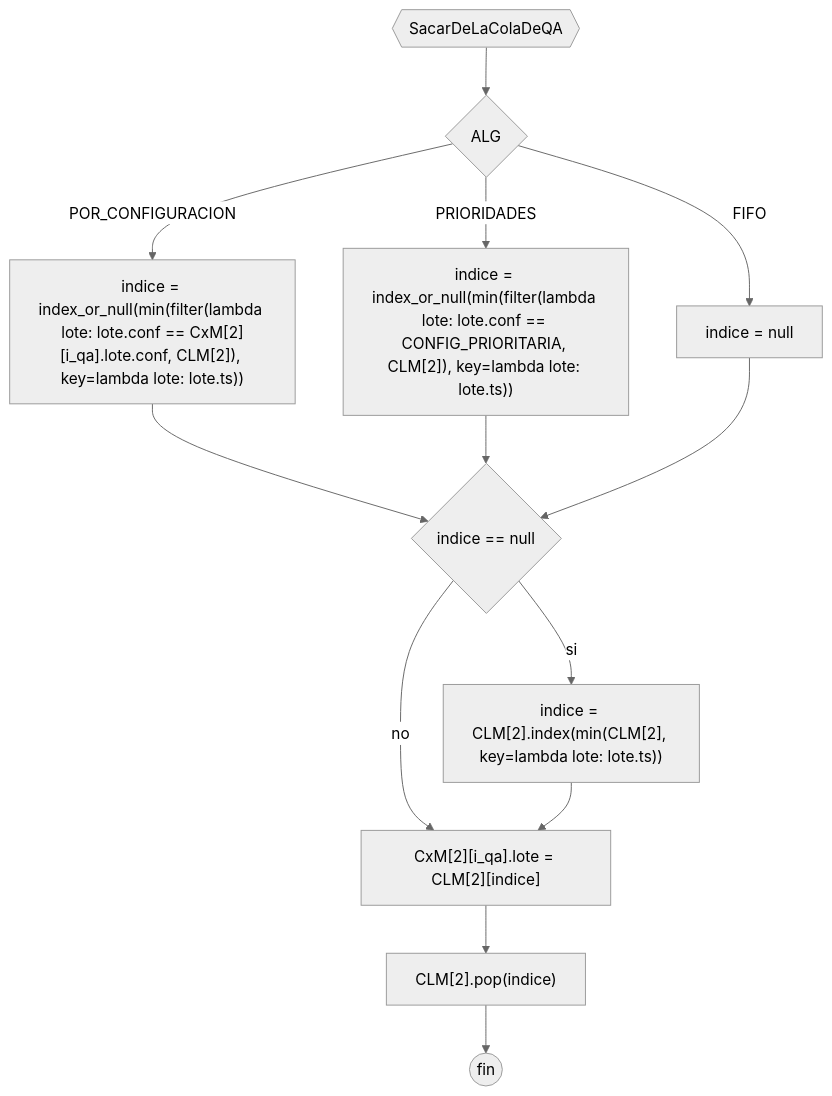
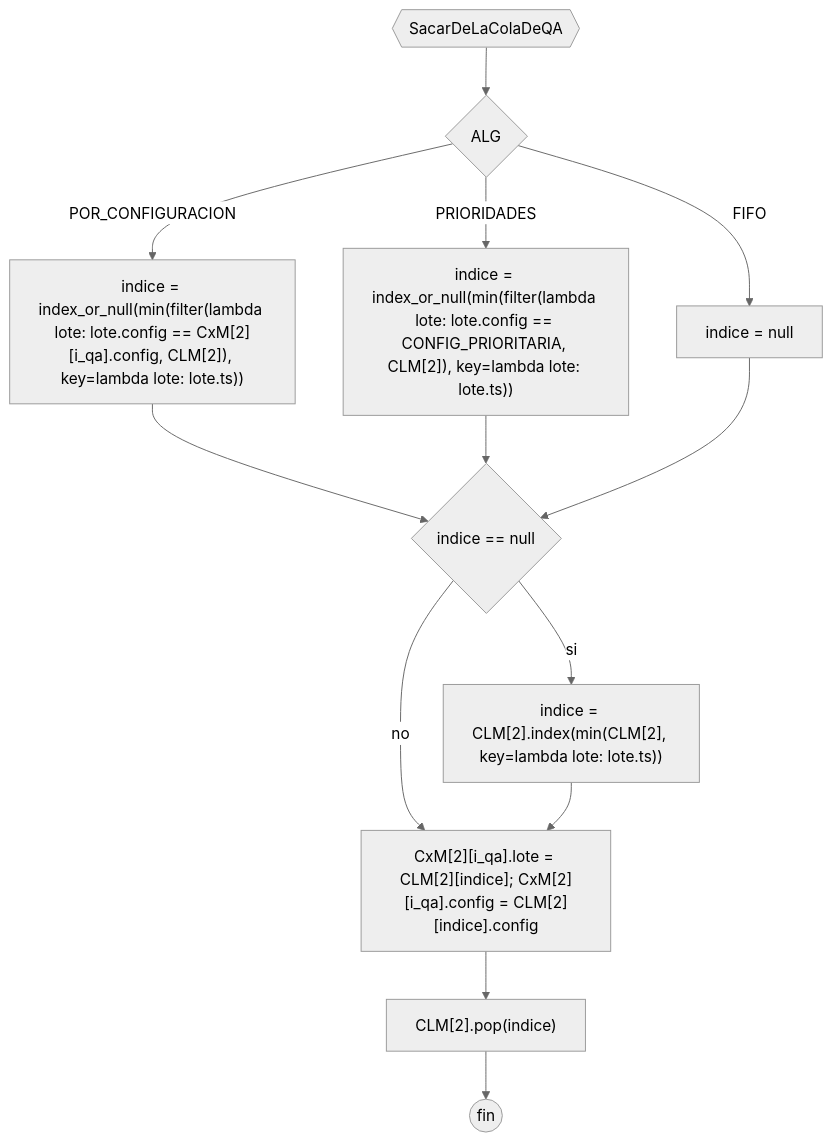
Before and after one commit to JuanManuelPrividera/TP-Simu: the diagram in docs/Diagramas/qa/SacarDeLaColaDeQA.mermaid, drawn with Mermaid (neutral theme). The commit also changed 39 other files, not shown here.

```diff
--- a/docs/Diagramas/qa/SacarDeLaColaDeQA.mermaid
+++ b/docs/Diagramas/qa/SacarDeLaColaDeQA.mermaid
@@ -1,12 +1,12 @@
 flowchart TD
 a0{{SacarDeLaColaDeQA}} --> if{ALG}
-if --> |POR_CONFIGURACION| a2["indice = index_or_null(min(filter(lambda lote: lote.conf == CxM[2][i_qa].lote.conf, CLM[2]), key=lambda lote: lote.ts))"]
-if --> |PRIORIDADES| a3["indice = index_or_null(min(filter(lambda lote: lote.conf == CONFIG_PRIORITARIA, CLM[2]), key=lambda lote: lote.ts))"]
+if --> |POR_CONFIGURACION| a2["indice = index_or_null(min(filter(lambda lote: lote.config == CxM[2][i_qa].config, CLM[2]), key=lambda lote: lote.ts))"]
+if --> |PRIORIDADES| a3["indice = index_or_null(min(filter(lambda lote: lote.config == CONFIG_PRIORITARIA, CLM[2]), key=lambda lote: lote.ts))"]
 if --> |FIFO| a1["indice = null"]
 a2 --> a4
 a3 --> a4
 a1 --> a4{"indice == null"}
 a4 --> |si| b["indice = CLM[2].index(min(CLM[2], key=lambda lote: lote.ts))"]
 a4 --> |no| g
-b --> g["CxM[2][i_qa].lote = CLM[2][indice]"]
+b --> g["CxM[2][i_qa].lote = CLM[2][indice]; CxM[2][i_qa].config = CLM[2][indice].config"]
 g --> h["CLM[2].pop(indice)"] --> fin((fin))
```
